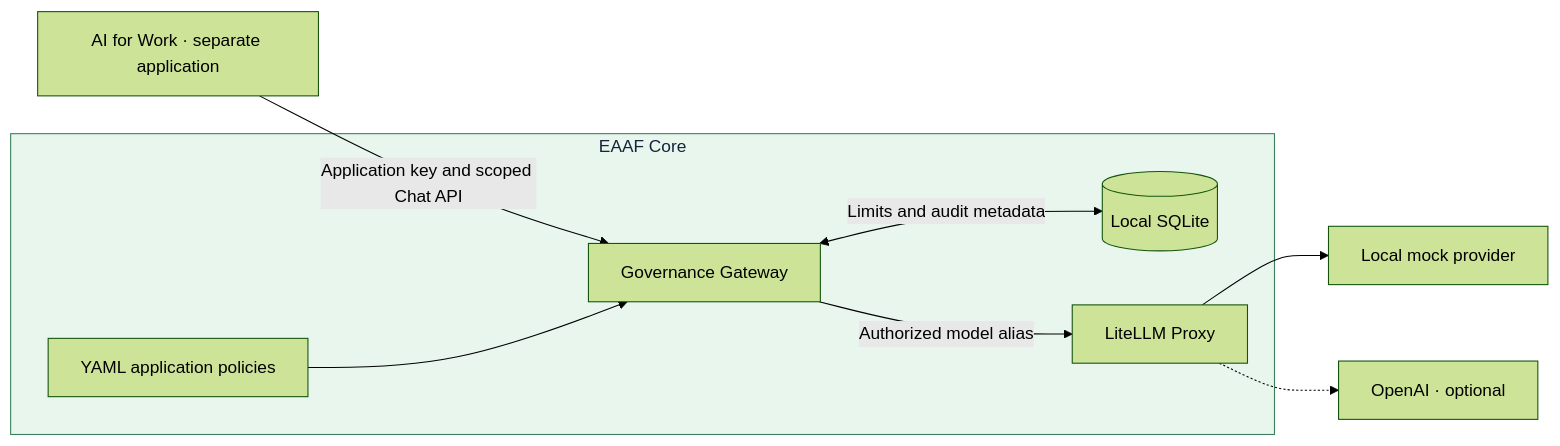
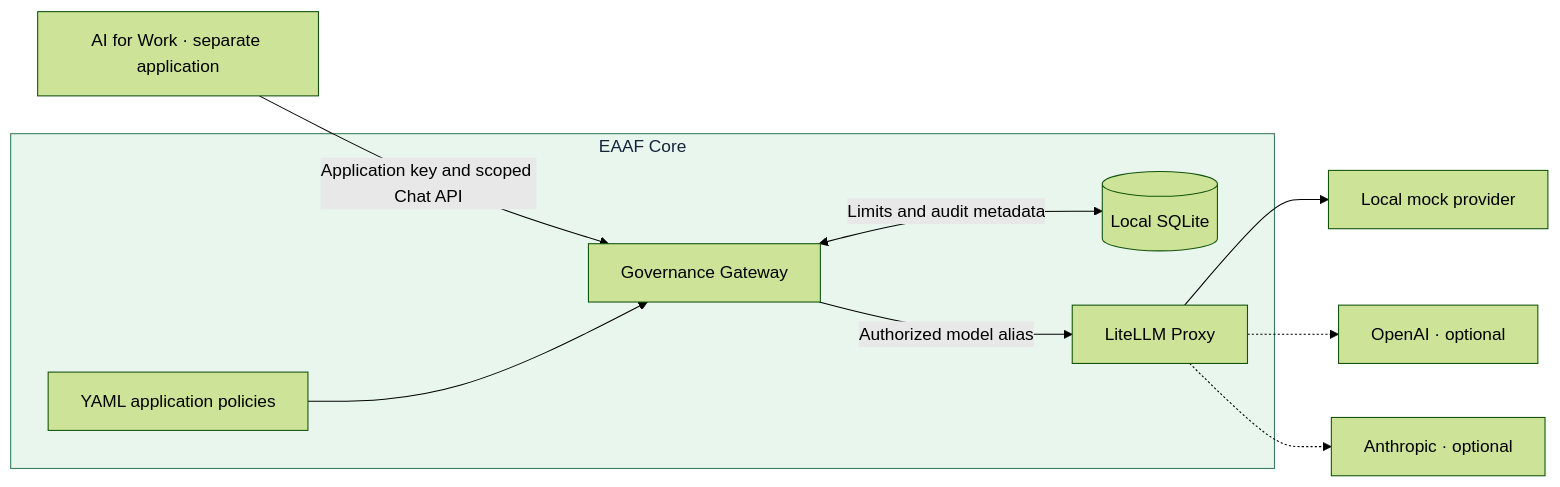
The first of 2 diagrams in docs/architecture.md (tandrian06/eaaf), drawn with Mermaid (forest theme) before and after one commit. The commit also changed other lines of this file and 12 other files, not shown here.

````diff
--- a/docs/architecture.md
+++ b/docs/architecture.md
@@ -5,15 +5,16 @@
 ```mermaid
 flowchart LR
     Work["AI for Work · separate application"] -->|"Application key and scoped Chat API"| Gateway
 
     subgraph Core["EAAF Core"]
         Profiles["YAML application policies"] --> Gateway["Governance Gateway"]
         Gateway <-->|"Limits and audit metadata"| Usage[("Local SQLite")]
         Gateway -->|"Authorized model alias"| Proxy["LiteLLM Proxy"]
     end
 
     Proxy --> Mock["Local mock provider"]
     Proxy -.-> OpenAI["OpenAI · optional"]
+    Proxy -.-> Anthropic["Anthropic · optional"]
 
     style Core fill:#e8f6ee,stroke:#37805b,color:#14243a
 ```
````
